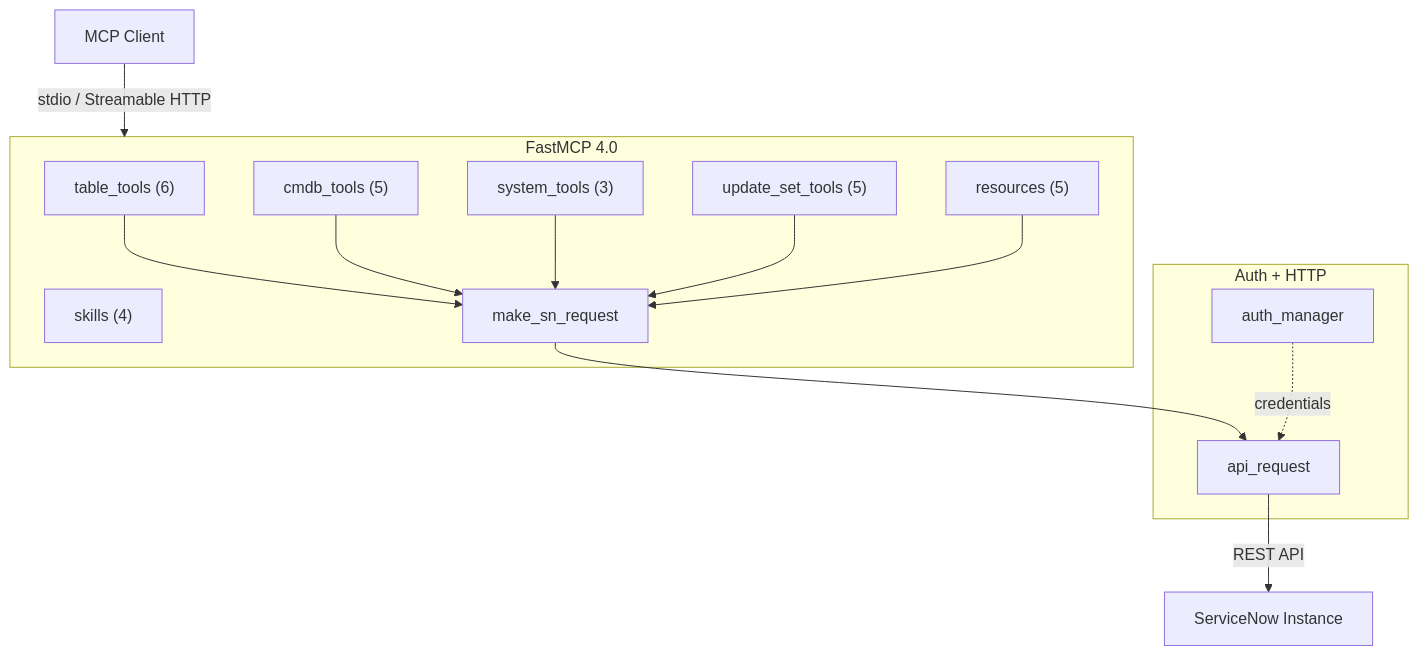
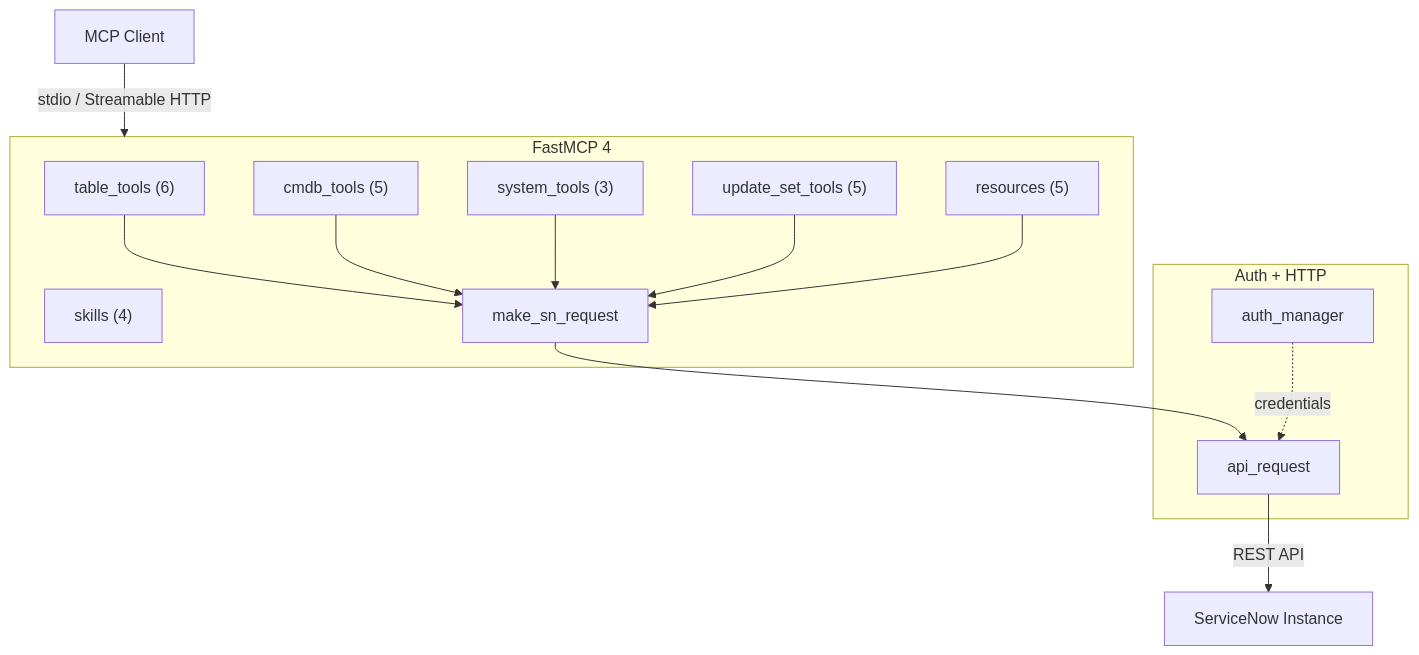
Before and after one commit to jschuller/mcp-server-servicenow: the diagram in README.md, drawn with Mermaid. The commit also changed other lines of this file and 4 other files, not shown here.

````diff
--- a/README.md
+++ b/README.md
@@ -219,28 +220,28 @@
 ```mermaid
 graph TD
     CC["MCP Client"]
-    subgraph SERVER["FastMCP 4.0"]
+    subgraph SERVER["FastMCP 4"]
         TT["table_tools (6)"]
         CT["cmdb_tools (5)"]
         ST["system_tools (3)"]
         UT["update_set_tools (5)"]
         RS["resources (5)"]
         SK["skills (4)"]
         SNR["make_sn_request"]
     end
     subgraph AUTH["Auth + HTTP"]
         AM["auth_manager"]
         AR["api_request"]
     end
     SN["ServiceNow Instance"]
 
     CC -->|"stdio / Streamable HTTP"| SERVER
     TT --> SNR
     CT --> SNR
     ST --> SNR
     UT --> SNR
     RS --> SNR
     SNR --> AR
     AM -.->|"credentials"| AR
     AR -->|"REST API"| SN
 ```
````
